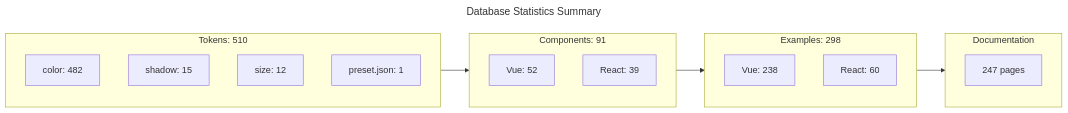
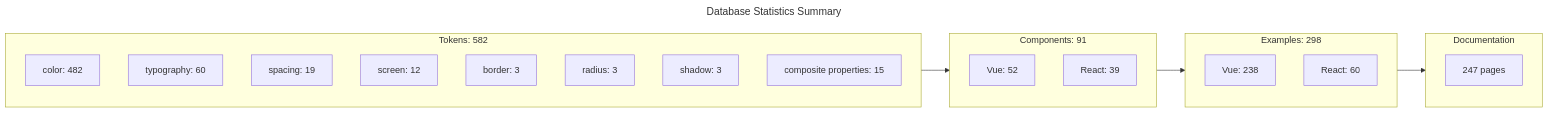
The diagram in docs/assets/stats-summary.mmd (MerzoukeMansouri/adeo-mozaic-mcp), drawn with Mermaid before and after one commit. The commit also changed 27 other files, not shown here.

```diff
--- a/docs/assets/stats-summary.mmd
+++ b/docs/assets/stats-summary.mmd
@@ -1,29 +1,33 @@
 ---
 title: Database Statistics Summary
 ---
 flowchart LR
-    subgraph Tokens["Tokens: 510"]
+    subgraph Tokens["Tokens: 582"]
         direction TB
         T_color["color: 482"]
-        T_shadow["shadow: 15"]
-        T_size["size: 12"]
-        T_presetjson["preset.json: 1"]
+        T_typography["typography: 60"]
+        T_spacing["spacing: 19"]
+        T_screen["screen: 12"]
+        T_border["border: 3"]
+        T_radius["radius: 3"]
+        T_shadow["shadow: 3"]
+        T_Props["composite properties: 15"]
     end
 
     subgraph Components["Components: 91"]
         direction TB
         Vue["Vue: 52"]
         React["React: 39"]
     end
 
     subgraph Examples["Examples: 298"]
         direction TB
         VueEx["Vue: 238"]
         ReactEx["React: 60"]
     end
 
     subgraph Docs["Documentation"]
         DocPages["247 pages"]
     end
 
     Tokens --> Components --> Examples --> Docs
```
